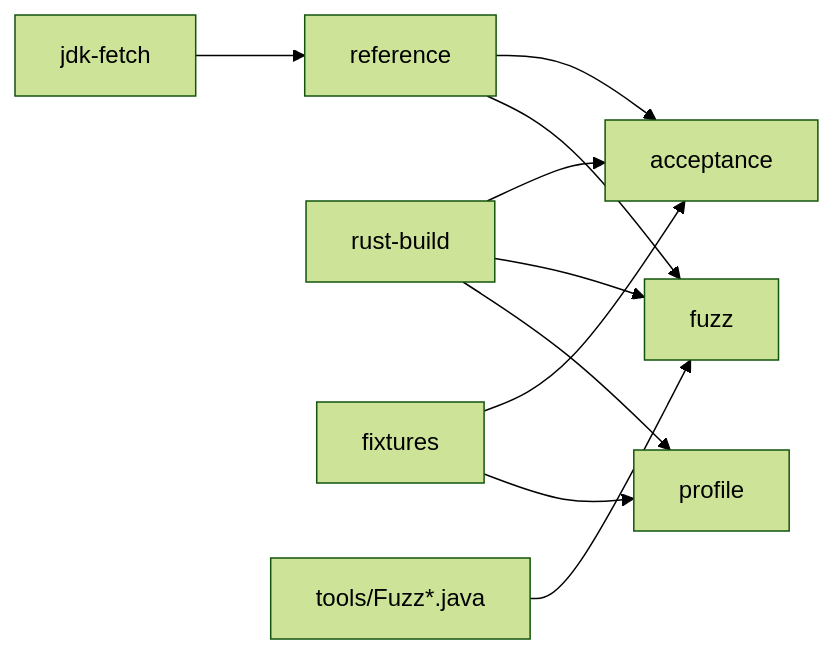
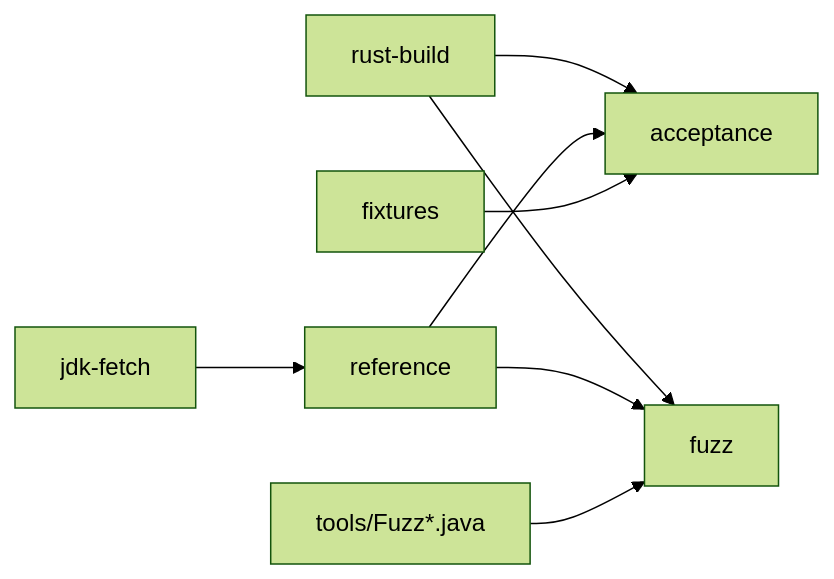
The diagram in docs/src/tooling/docker-and-ci.md (VitorNathanG/njavac), drawn with Mermaid (forest theme) before and after one commit. The commit also changed other lines of this file and 27 other files, not shown here.

````diff
--- a/docs/src/tooling/docker-and-ci.md
+++ b/docs/src/tooling/docker-and-ci.md
@@ -11,12 +11,10 @@
 ```mermaid
 flowchart LR
     Fetch[jdk-fetch] --> Reference[reference]
     Rust[rust-build] --> Acceptance[acceptance]
     Rust --> Fuzz[fuzz]
-    Rust --> Profile[profile]
     Reference --> Acceptance
     Reference --> Fuzz
     Fixtures[fixtures] --> Acceptance
-    Fixtures --> Profile
     Workers[tools/Fuzz*.java] --> Fuzz
 ```
````
